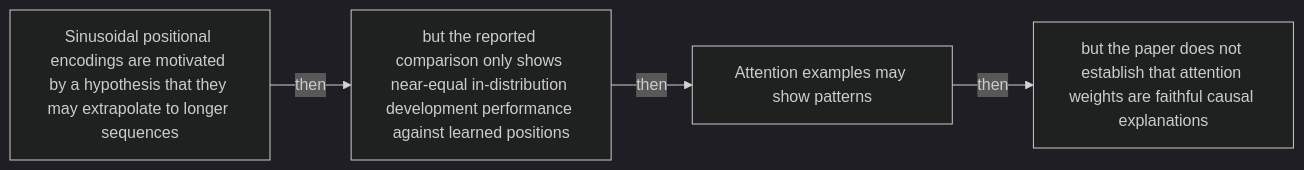
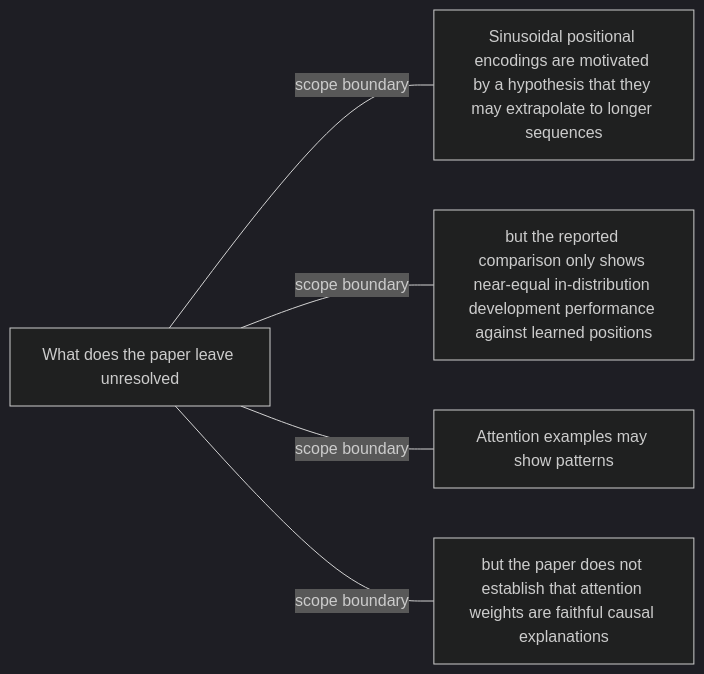
Diagram 45 of 54 in docs/visual-manifests/VISUAL_MANIFEST_ATTENTION_IS_ALL_YOU_NEED.md (Betancourt1/paper_atlas), drawn with Mermaid (dark theme) before and after one commit. The commit also changed other lines of this file and 7 other files, not shown here.

````diff
--- a/docs/visual-manifests/VISUAL_MANIFEST_ATTENTION_IS_ALL_YOU_NEED.md
+++ b/docs/visual-manifests/VISUAL_MANIFEST_ATTENTION_IS_ALL_YOU_NEED.md
@@ -3613,10 +3646,12 @@
 ```mermaid
 flowchart LR
-  n1["Sinusoidal positional encodings are motivated by a hypothesis that they may extrapolate to longer sequences"]
-  n2["but the reported comparison only shows near-equal in-distribution development performance against learned positions"]
-  n3["Attention examples may show patterns"]
-  n4["but the paper does not establish that attention weights are faithful causal explanations"]
-  n1 -->|"then"| n2
-  n2 -->|"then"| n3
-  n3 -->|"then"| n4
+  center["What does the paper leave unresolved"]
+  f1["Sinusoidal positional encodings are motivated by a hypothesis that they may extrapolate to longer sequences"]
+  f2["but the reported comparison only shows near-equal in-distribution development performance against learned positions"]
+  f3["Attention examples may show patterns"]
+  f4["but the paper does not establish that attention weights are faithful causal explanations"]
+  center ---|"scope boundary"| f1
+  center ---|"scope boundary"| f2
+  center ---|"scope boundary"| f3
+  center ---|"scope boundary"| f4
 ```
````
